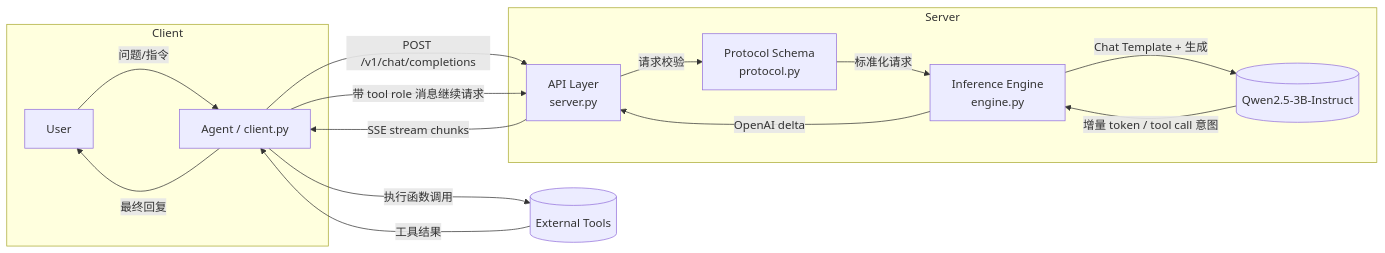
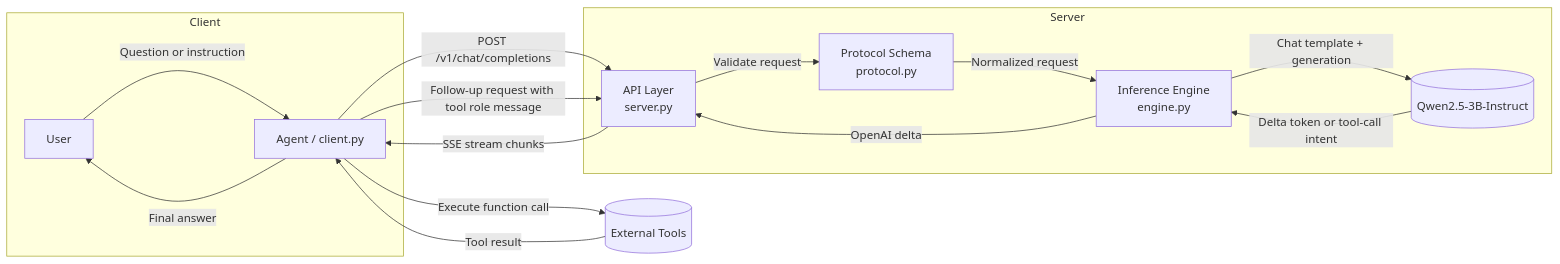
The diagram in 1/OpenAI/README.md (hzy/Masterclass), drawn with Mermaid before and after one commit.

Commit message:
docs(OpenAI): avoid CJK garble in mermaid by using English edge labels

````diff
--- a/1/OpenAI/README.md
+++ b/1/OpenAI/README.md
@@ -41,31 +41,31 @@
 ```mermaid
 flowchart LR
     subgraph Client[Client]
         User[User]
         Agent[Agent / client.py]
     end
 
     subgraph Server[Server]
         API[API Layer\nserver.py]
         Protocol[Protocol Schema\nprotocol.py]
         Engine[Inference Engine\nengine.py]
         Model[(Qwen2.5-3B-Instruct)]
     end
 
     Tools[(External Tools)]
 
-    User -->|问题/指令| Agent
+    User -->|Question or instruction| Agent
     Agent -->|POST /v1/chat/completions| API
-    API -->|请求校验| Protocol
-    Protocol -->|标准化请求| Engine
-    Engine -->|Chat Template + 生成| Model
+    API -->|Validate request| Protocol
+    Protocol -->|Normalized request| Engine
+    Engine -->|Chat template + generation| Model
 
-    Model -->|增量 token / tool call 意图| Engine
+    Model -->|Delta token or tool-call intent| Engine
     Engine -->|OpenAI delta| API
     API -->|SSE stream chunks| Agent
-    Agent -->|最终回复| User
+    Agent -->|Final answer| User
 
-    Agent -->|执行函数调用| Tools
-    Tools -->|工具结果| Agent
-    Agent -->|带 tool role 消息继续请求| API
+    Agent -->|Execute function call| Tools
+    Tools -->|Tool result| Agent
+    Agent -->|Follow-up request with tool role message| API
 ```
````
